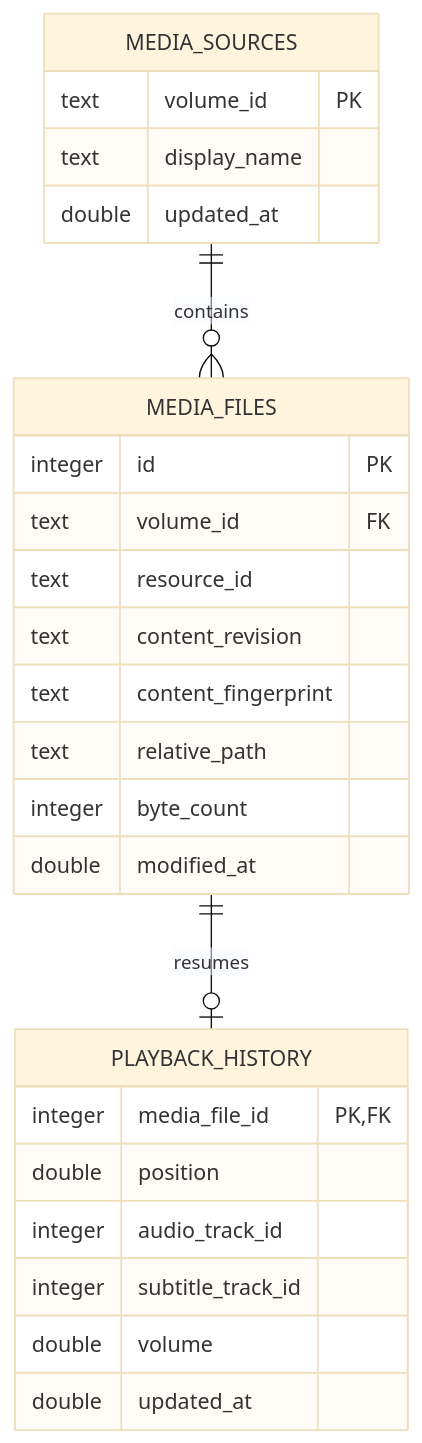
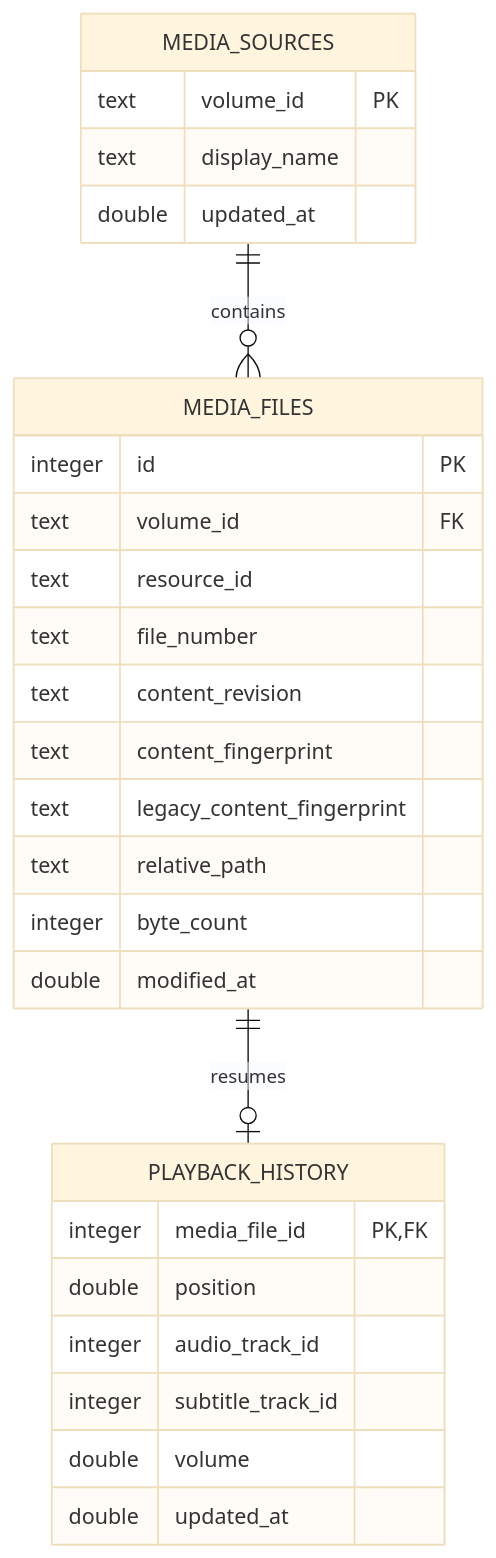
Before and after one commit to tech-zjf/Bomu: the first of 3 diagrams in docs/playback/library/media-identity.md, drawn with Mermaid (base theme). The commit also changed other lines of this file and 101 other files, not shown here.

````diff
--- a/docs/playback/library/media-identity.md
+++ b/docs/playback/library/media-identity.md
@@ -13,28 +13,30 @@
 ```mermaid
 erDiagram
     MEDIA_SOURCES ||--o{ MEDIA_FILES : contains
     MEDIA_FILES ||--o| PLAYBACK_HISTORY : resumes
     MEDIA_SOURCES {
         text volume_id PK
         text display_name
         double updated_at
     }
     MEDIA_FILES {
         integer id PK
         text volume_id FK
         text resource_id
+        text file_number
         text content_revision
         text content_fingerprint
+        text legacy_content_fingerprint
         text relative_path
         integer byte_count
         double modified_at
     }
     PLAYBACK_HISTORY {
         integer media_file_id PK, FK
         double position
         integer audio_track_id
         integer subtitle_track_id
         double volume
         double updated_at
     }
 ```
````
